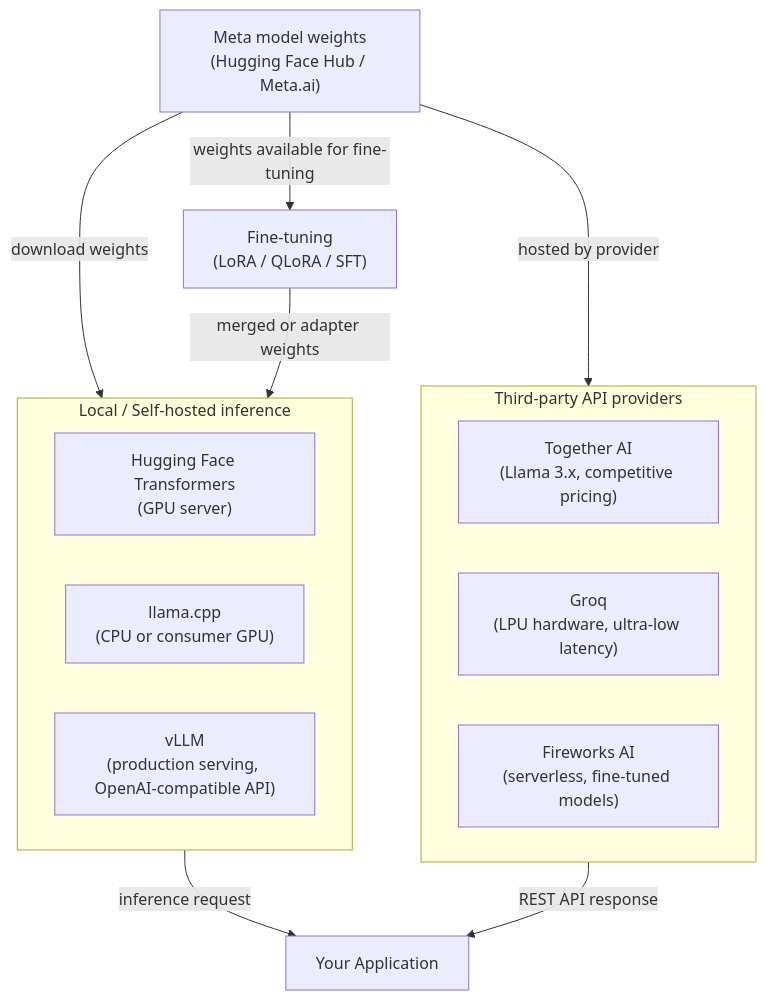
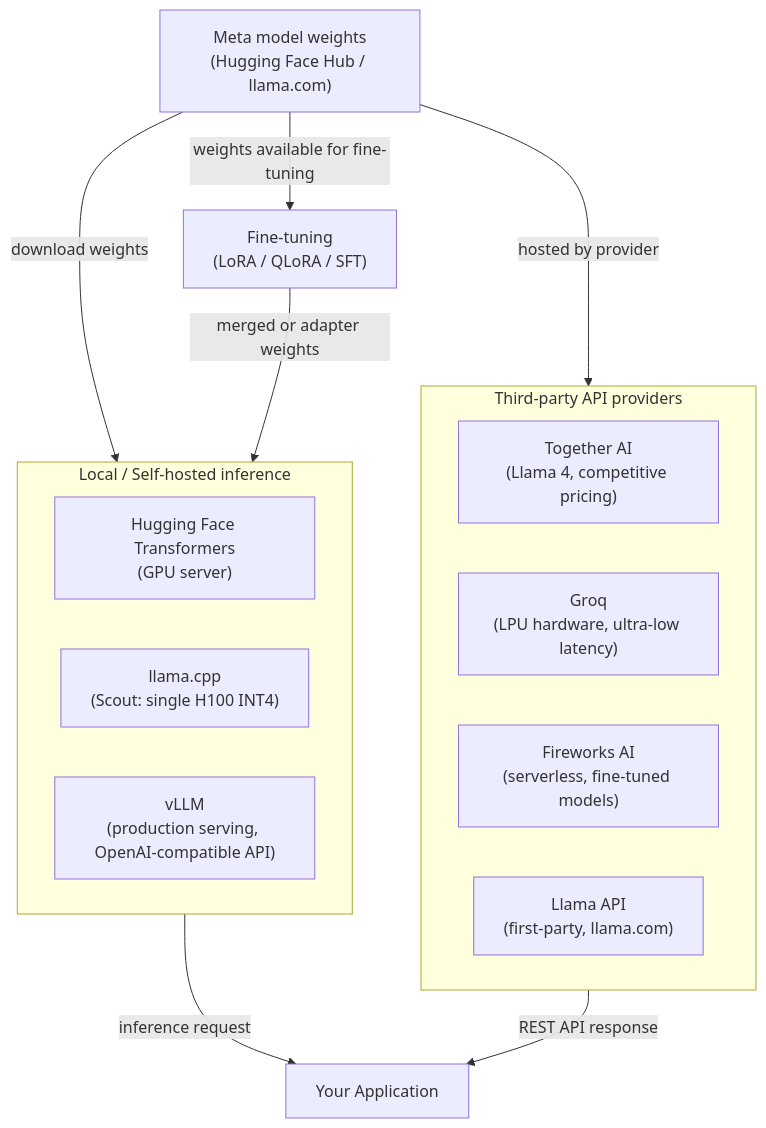
Before and after one commit to EmersonBraun/ai-summary-hub: the diagram in next/content/docs/en/model-providers/meta-llama.mdx, drawn with Mermaid. The commit also changed other lines of this file and 211 other files, not shown here.

````diff
--- a/next/content/docs/en/model-providers/meta-llama.mdx
+++ b/next/content/docs/en/model-providers/meta-llama.mdx
@@ -32,26 +53,27 @@
 ```mermaid
 flowchart TD
-    Source["Meta model weights\n(Hugging Face Hub / Meta.ai)"] -->|"download weights"| Local
+    Source["Meta model weights\n(Hugging Face Hub / llama.com)"] -->|"download weights"| Local
 
     subgraph Local["Local / Self-hosted inference"]
         direction LR
         TF["Hugging Face Transformers\n(GPU server)"]
-        LCPP["llama.cpp\n(CPU or consumer GPU)"]
+        LCPP["llama.cpp\n(Scout: single H100 INT4)"]
         vLLM["vLLM\n(production serving, OpenAI-compatible API)"]
     end
 
     Source -->|"weights available for fine-tuning"| FT["Fine-tuning\n(LoRA / QLoRA / SFT)"]
     FT -->|"merged or adapter weights"| Local
 
     Source -->|"hosted by provider"| Providers
 
     subgraph Providers["Third-party API providers"]
         direction LR
-        Together["Together AI\n(Llama 3.x, competitive pricing)"]
+        Together["Together AI\n(Llama 4, competitive pricing)"]
         Groq["Groq\n(LPU hardware, ultra-low latency)"]
         Fireworks["Fireworks AI\n(serverless, fine-tuned models)"]
+        LlamaAPI["Llama API\n(first-party, llama.com)"]
     end
 
     Local -->|"inference request"| App["Your Application"]
     Providers -->|"REST API response"| App
 ```
````
